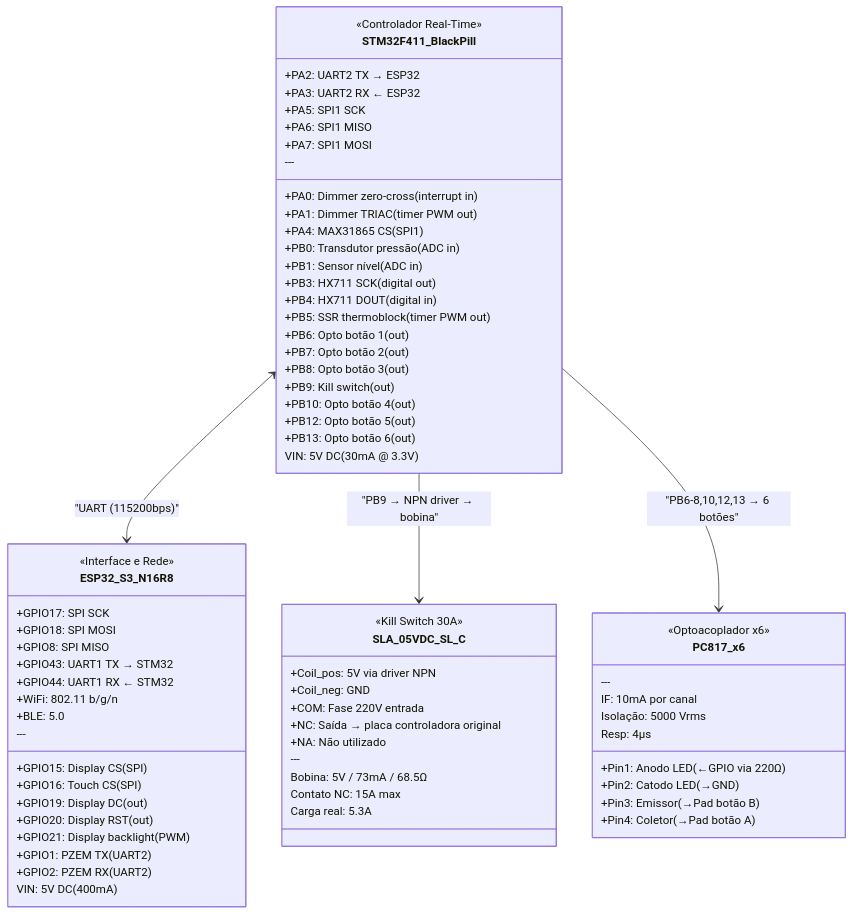
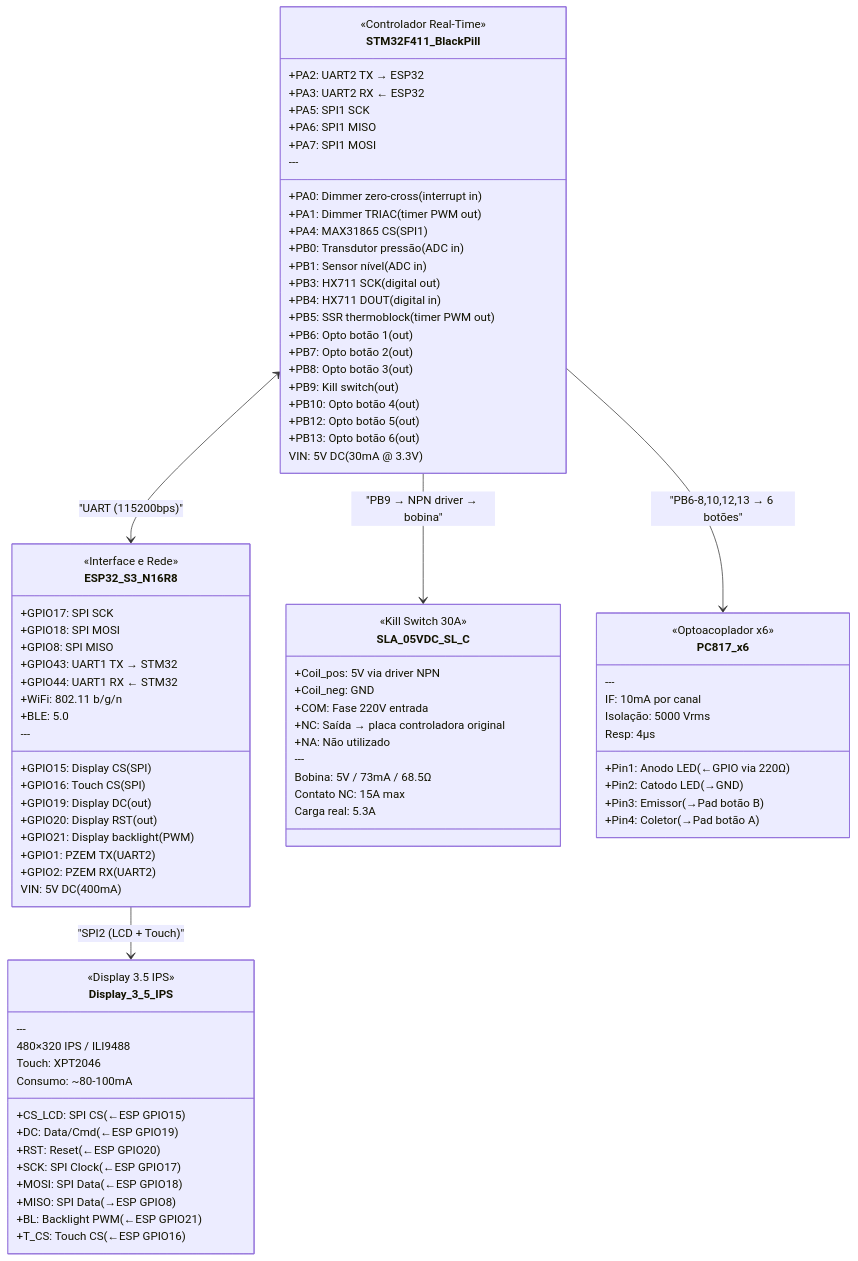
The first of 9 diagrams in docs/COMPONENTES.md (SamuelMoraesF/iot-oster-prima-latte2), drawn with Mermaid before and after one commit. The commit also changed other lines of this file, not shown here.

First line of the commit message:
Adiciona display TFT 3.5 IPS ILI9488 no COMPONENTES.md

```diff
--- a/docs/COMPONENTES.md
+++ b/docs/COMPONENTES.md
@@ -65,7 +65,24 @@
         Carga real: 5.3A
     }
 
+    class Display_3_5_IPS {
+        <<Display 3.5 IPS>>
+        +CS_LCD: SPI CS (←ESP GPIO15)
+        +DC: Data/Cmd (←ESP GPIO19)
+        +RST: Reset (←ESP GPIO20)
+        +SCK: SPI Clock (←ESP GPIO17)
+        +MOSI: SPI Data (←ESP GPIO18)
+        +MISO: SPI Data (→ESP GPIO8)
+        +BL: Backlight PWM (←ESP GPIO21)
+        +T_CS: Touch CS (←ESP GPIO16)
+        ---
+        480×320 IPS / ILI9488
+        Touch: XPT2046
+        Consumo: ~80-100mA
+    }
+
     STM32F411_BlackPill <--> ESP32_S3_N16R8 : "UART (115200bps)"
+    ESP32_S3_N16R8 --> Display_3_5_IPS : "SPI2 (LCD + Touch)"
     class PC817_x6 {
         <<Optoacoplador x6>>
         +Pin1: Anodo LED (←GPIO via 220Ω)
```
